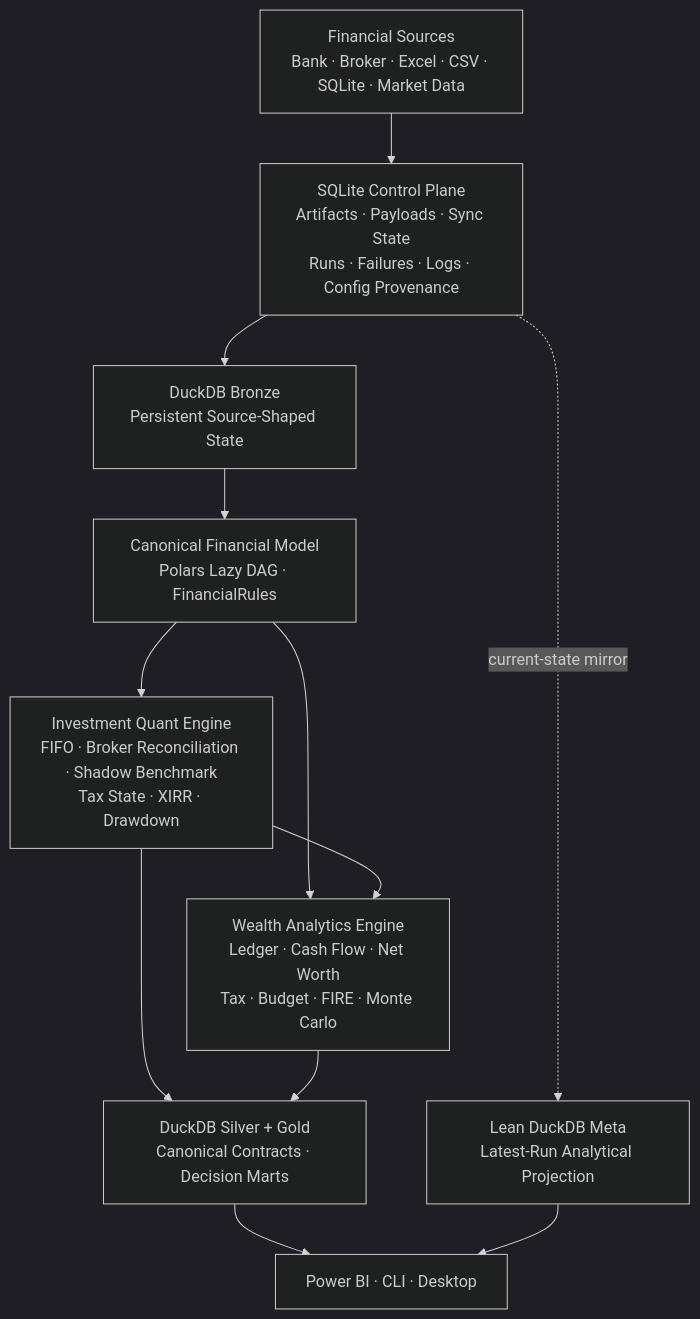
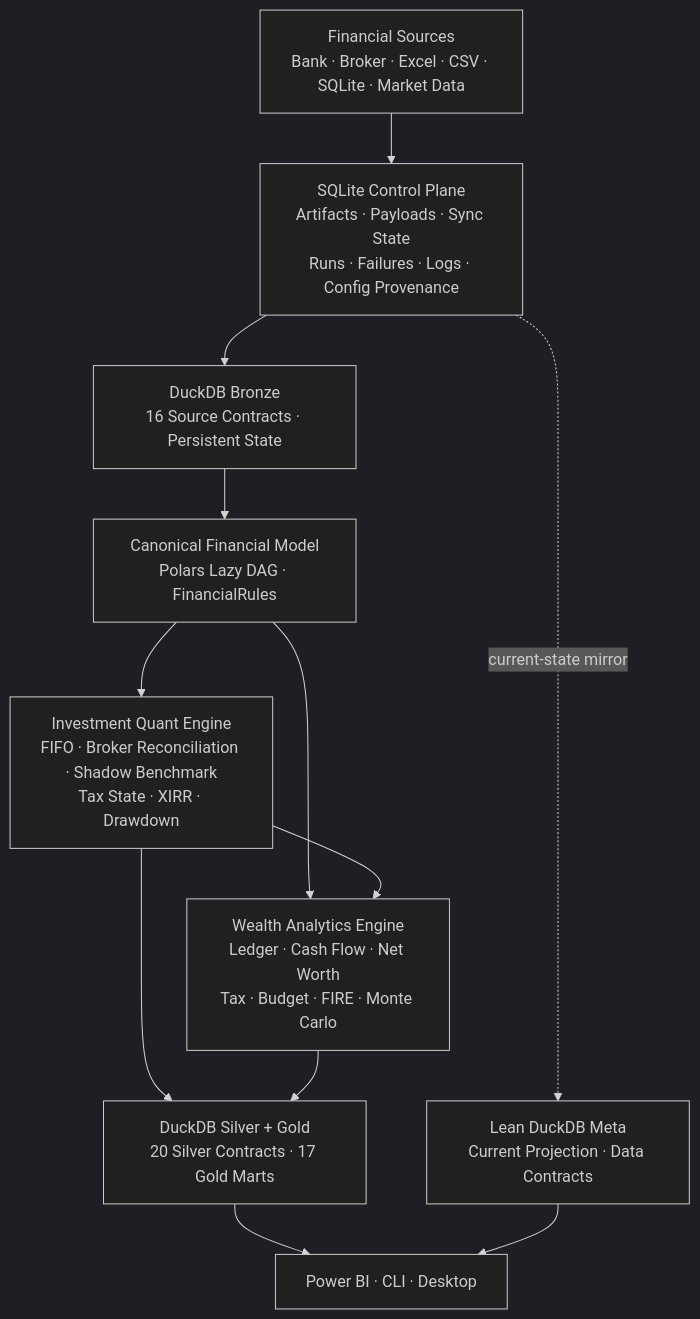
One commit to tks18/personal-finance-etl changed the first of 9 diagrams in README.md. Above: the diagram before and after it, drawn with Mermaid (dark theme). The commit also changed other lines of this file, not shown here.

````diff
--- a/README.md
+++ b/README.md
@@ -24,24 +24,24 @@
 ```mermaid
 flowchart TB
     SRC["Financial Sources<br/>Bank · Broker · Excel · CSV · SQLite · Market Data"]
     CP["SQLite Control Plane<br/>Artifacts · Payloads · Sync State<br/>Runs · Failures · Logs · Config Provenance"]
-    BR["DuckDB Bronze<br/>Persistent Source-Shaped State"]
+    BR["DuckDB Bronze<br/>16 Source Contracts · Persistent State"]
     CAN["Canonical Financial Model<br/>Polars Lazy DAG · FinancialRules"]
     IQ["Investment Quant Engine<br/>FIFO · Broker Reconciliation · Shadow Benchmark<br/>Tax State · XIRR · Drawdown"]
     WA["Wealth Analytics Engine<br/>Ledger · Cash Flow · Net Worth<br/>Tax · Budget · FIRE · Monte Carlo"]
-    SG["DuckDB Silver + Gold<br/>Canonical Contracts · Decision Marts"]
-    META["Lean DuckDB Meta<br/>Latest-Run Analytical Projection"]
+    SG["DuckDB Silver + Gold<br/>20 Silver Contracts · 17 Gold Marts"]
+    META["Lean DuckDB Meta<br/>Current Projection · Data Contracts"]
     APP["Power BI · CLI · Desktop"]
 
     SRC --> CP
     CP --> BR
     BR --> CAN
     CAN --> IQ
     CAN --> WA
     IQ --> WA
     IQ --> SG
     WA --> SG
     CP -. current-state mirror .-> META
     SG --> APP
     META --> APP
 ```
````
